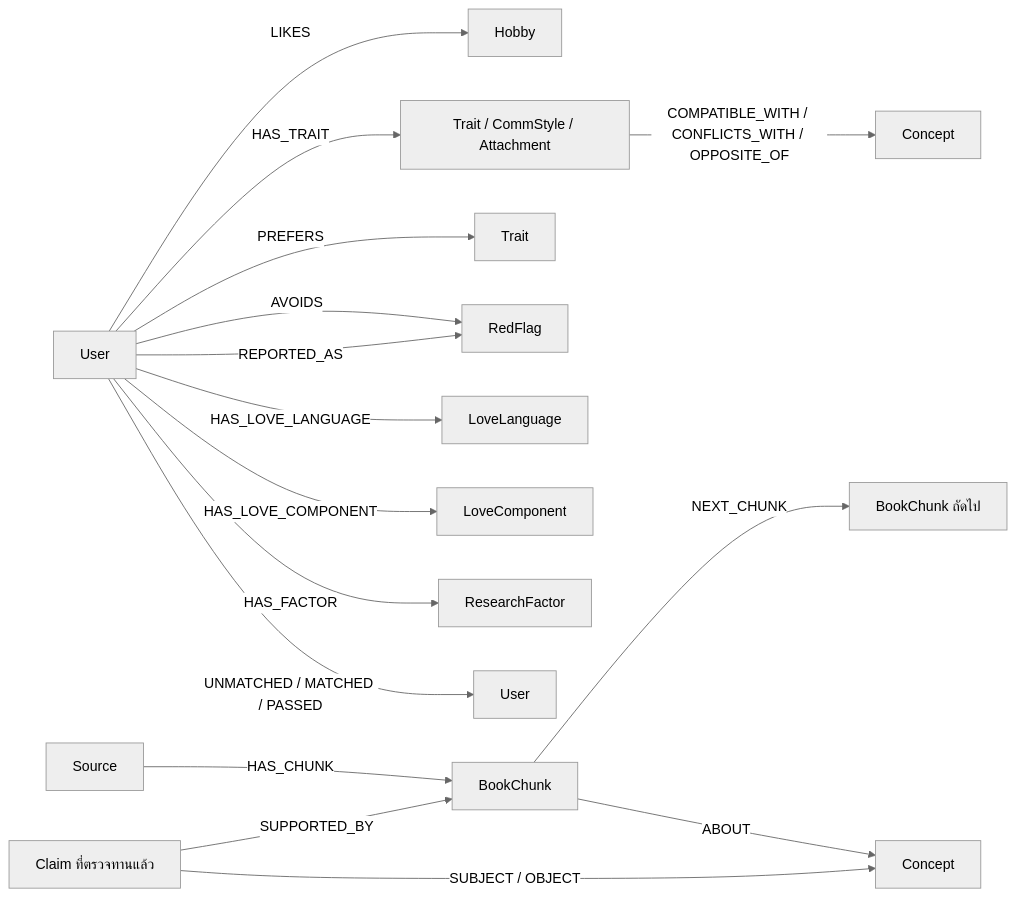
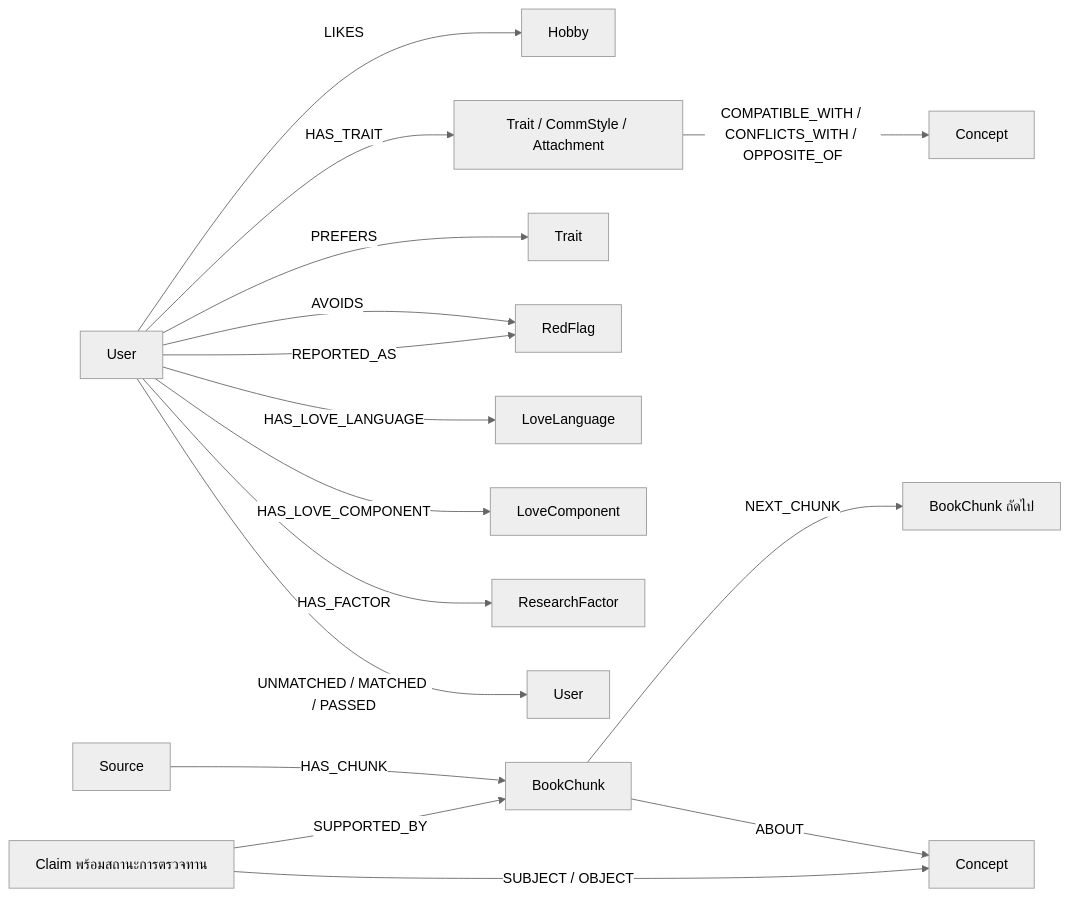
Before and after one commit to NontakonKan/Project_ai_dealing: the diagram in graph/README.md, drawn with Mermaid (neutral theme). The commit also changed other lines of this file and 11 other files, not shown here.

````diff
--- a/graph/README.md
+++ b/graph/README.md
@@ -21,18 +22,18 @@
 ```mermaid
 graph LR
   U[User] -->|LIKES| H[Hobby]
   U -->|HAS_TRAIT| T[Trait / CommStyle / Attachment]
   U -->|PREFERS| P[Trait]
   U -->|AVOIDS| R[RedFlag]
   U -->|REPORTED_AS| R
   U -->|HAS_LOVE_LANGUAGE| L[LoveLanguage]
   U -->|HAS_LOVE_COMPONENT| C[LoveComponent]
   U -->|HAS_FACTOR| F[ResearchFactor]
   U -->|UNMATCHED / MATCHED / PASSED| V[User]
   T -->|COMPATIBLE_WITH / CONFLICTS_WITH / OPPOSITE_OF| T2[Concept]
   S[Source] -->|HAS_CHUNK| B[BookChunk]
   B -->|NEXT_CHUNK| B2[BookChunk ถัดไป]
   B -->|ABOUT| K[Concept]
-  Q[Claim ที่ตรวจทานแล้ว] -->|SUBJECT / OBJECT| K
+  Q[Claim พร้อมสถานะการตรวจทาน] -->|SUBJECT / OBJECT| K
   Q -->|SUPPORTED_BY| B
 ```
````
